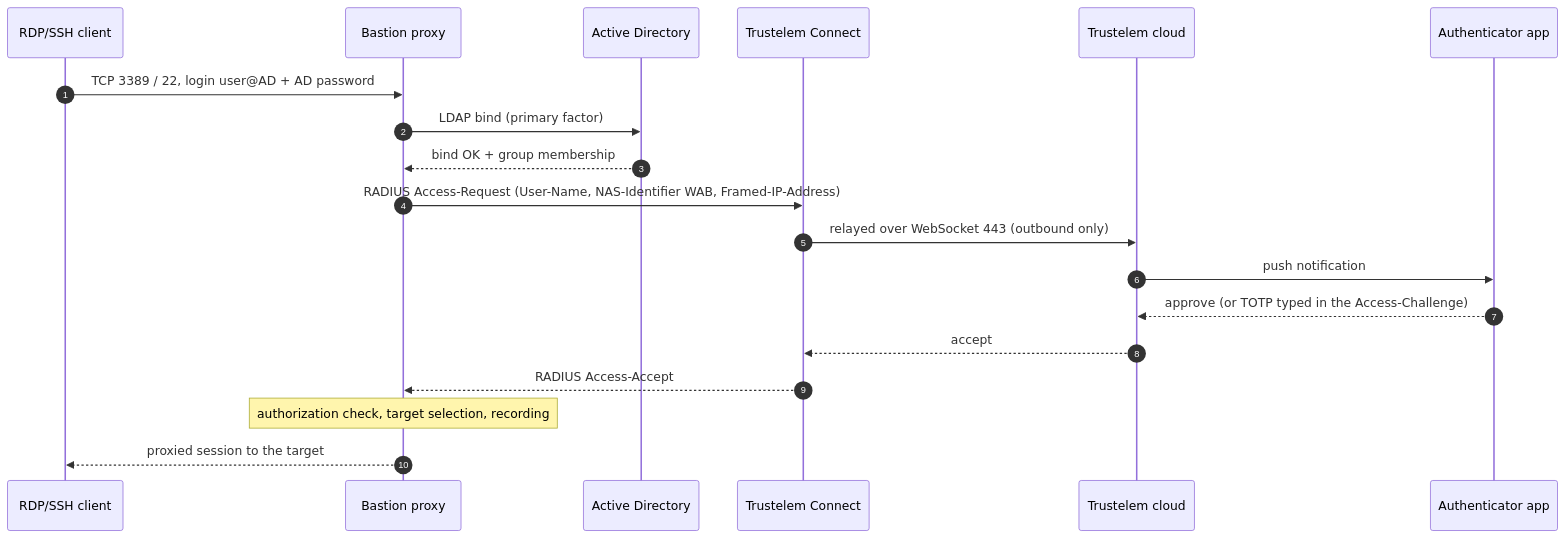
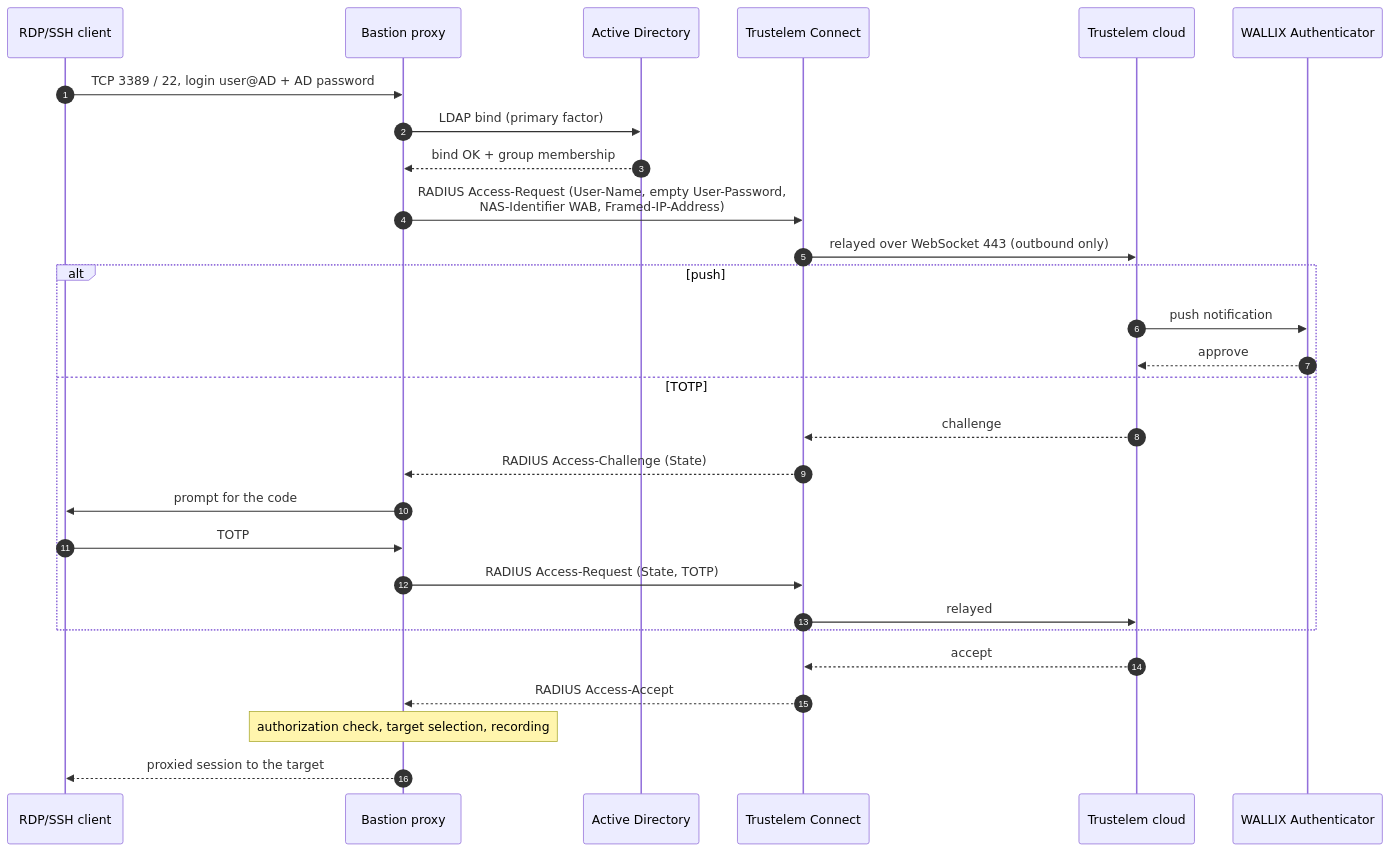
One commit to morandeirachema/Trustelem- changed the fourth of 7 diagrams in docs/trustelem-bastion-access-manager-architecture.md. Above: the diagram before and after it, drawn with Mermaid. The commit also changed other lines of this file and 19 other files, not shown here.

Commit message:
Audit pass 2: diagrams synced with text, AM RADIUS listener 2812, Authentication domain name rule, gap B7

````diff
--- a/docs/trustelem-bastion-access-manager-architecture.md
+++ b/docs/trustelem-bastion-access-manager-architecture.md
@@ -356,21 +359,30 @@
 ```mermaid
 sequenceDiagram
     autonumber
     participant C as RDP/SSH client
     participant B as Bastion proxy
     participant AD as Active Directory
     participant TC as Trustelem Connect
     participant T as Trustelem cloud
-    participant A as Authenticator app
+    participant A as WALLIX Authenticator
     C->>B: TCP 3389 / 22, login user@AD + AD password
     B->>AD: LDAP bind (primary factor)
     AD-->>B: bind OK + group membership
-    B->>TC: RADIUS Access-Request (User-Name, NAS-Identifier WAB, Framed-IP-Address)
+    B->>TC: RADIUS Access-Request (User-Name, empty User-Password,<br/>NAS-Identifier WAB, Framed-IP-Address)
     TC->>T: relayed over WebSocket 443 (outbound only)
-    T->>A: push notification
-    A-->>T: approve (or TOTP typed in the Access-Challenge)
+    alt push
+        T->>A: push notification
+        A-->>T: approve
+    else TOTP
+        T-->>TC: challenge
+        TC-->>B: RADIUS Access-Challenge (State)
+        B->>C: prompt for the code
+        C->>B: TOTP
+        B->>TC: RADIUS Access-Request (State, TOTP)
+        TC->>T: relayed
+    end
     T-->>TC: accept
     TC-->>B: RADIUS Access-Accept
     Note over B: authorization check, target selection, recording
     B-->>C: proxied session to the target
 ```
````
